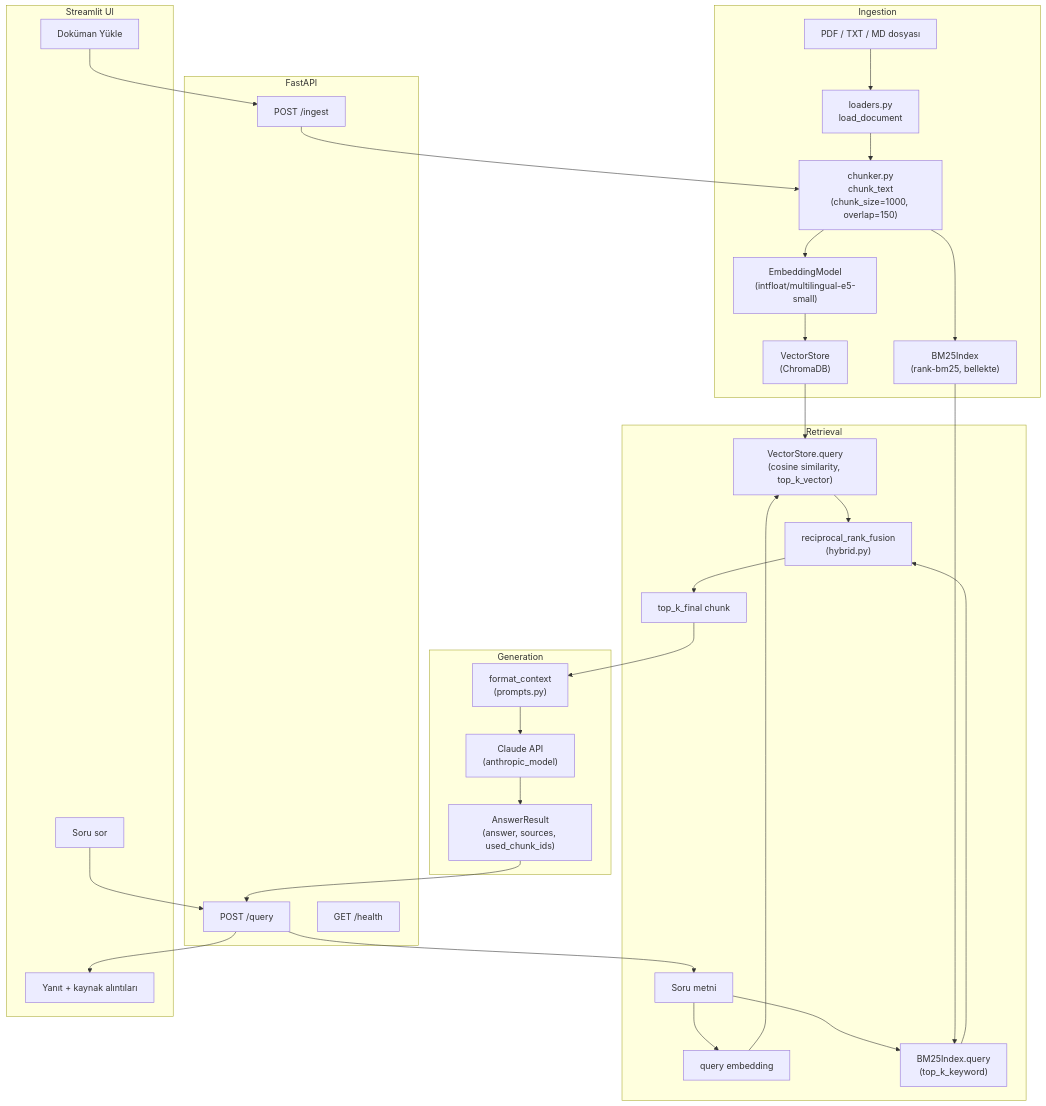
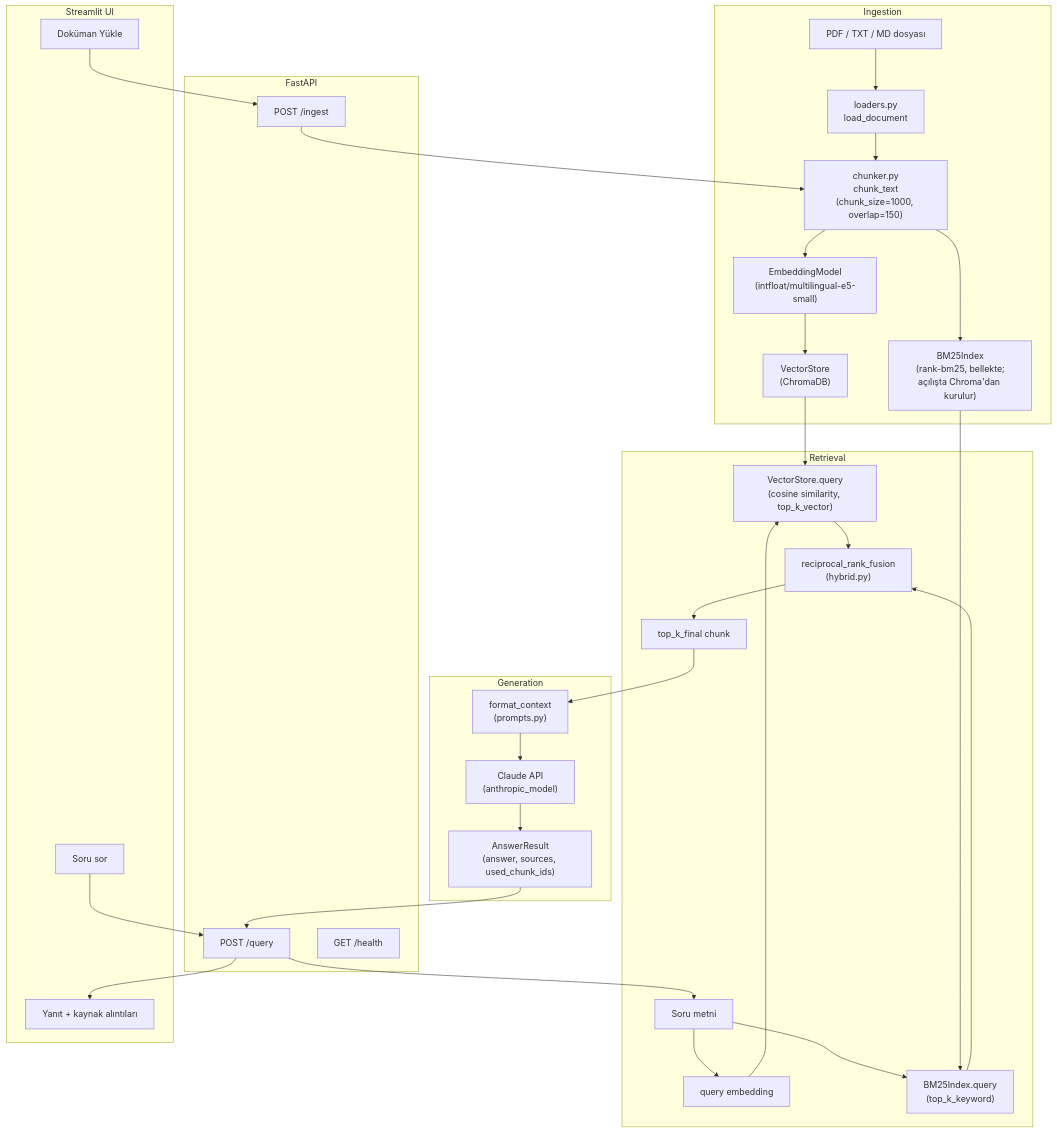
Before and after one commit to Bedirhanelcik/rag: the diagram in README.md, drawn with Mermaid. The commit also changed other lines of this file and 4 other files, not shown here.

First line of the commit message:
feat: rebuild the BM25 index from ChromaDB on startup

````diff
--- a/README.md
+++ b/README.md
@@ -15,41 +15,41 @@
 ```mermaid
 graph TD
     subgraph Ingestion["Ingestion"]
         F["PDF / TXT / MD dosyası"] --> L["loaders.py<br/>load_document"]
         L --> C["chunker.py<br/>chunk_text<br/>(chunk_size=1000, overlap=150)"]
         C --> E["EmbeddingModel<br/>(intfloat/multilingual-e5-small)"]
         E --> VS["VectorStore<br/>(ChromaDB)"]
-        C --> BM["BM25Index<br/>(rank-bm25, bellekte)"]
+        C --> BM["BM25Index<br/>(rank-bm25, bellekte;<br/>açılışta Chroma'dan kurulur)"]
     end
 
     subgraph Retrieval["Retrieval"]
         Q["Soru metni"] --> QE["query embedding"]
         QE --> VSQ["VectorStore.query<br/>(cosine similarity, top_k_vector)"]
         Q --> BMQ["BM25Index.query<br/>(top_k_keyword)"]
         VSQ --> RRF["reciprocal_rank_fusion<br/>(hybrid.py)"]
         BMQ --> RRF
         RRF --> TOPK["top_k_final chunk"]
     end
 
     subgraph Generation["Generation"]
         TOPK --> CTX["format_context<br/>(prompts.py)"]
         CTX --> CLAUDE["Claude API<br/>(anthropic_model)"]
         CLAUDE --> ANS["AnswerResult<br/>(answer, sources, used_chunk_ids)"]
     end
 
     subgraph API["FastAPI"]
         ING_EP["POST /ingest"] --> C
         Q_EP["POST /query"] --> Q
         ANS --> Q_EP
         HEALTH["GET /health"]
     end
 
     subgraph UI["Streamlit UI"]
         UPLOAD["Doküman Yükle"] --> ING_EP
         ASK["Soru sor"] --> Q_EP
         Q_EP --> RESULT["Yanıt + kaynak alıntıları"]
     end
 
     VS --> VSQ
     BM --> BMQ
 ```
````
